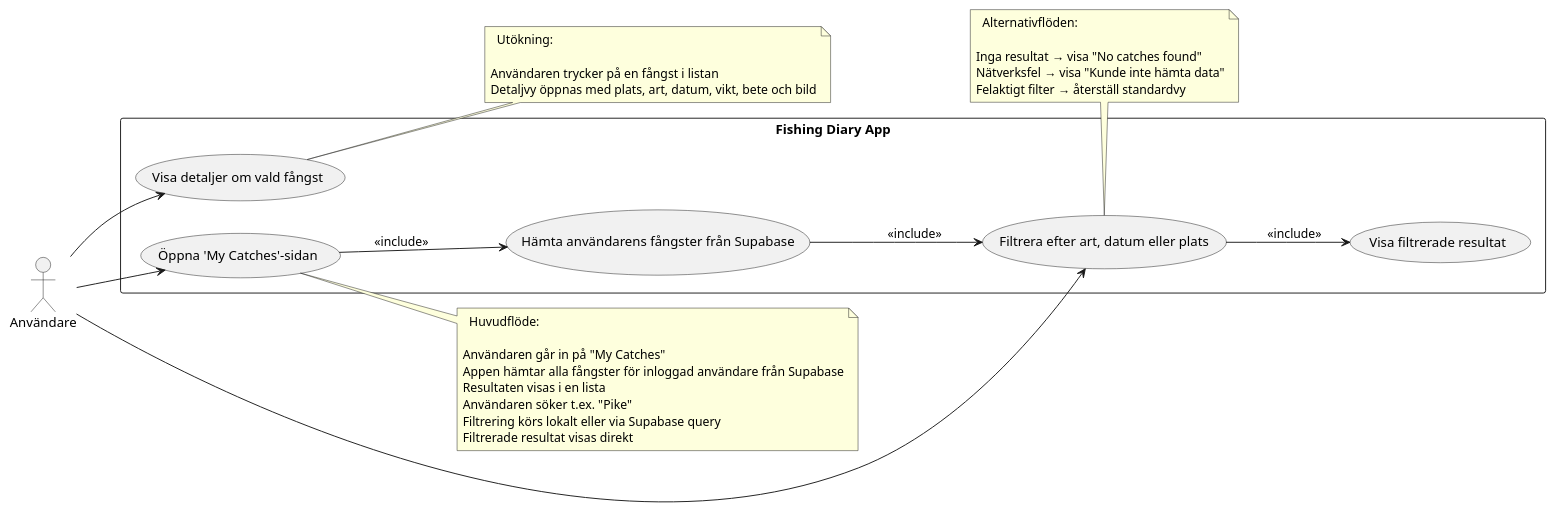
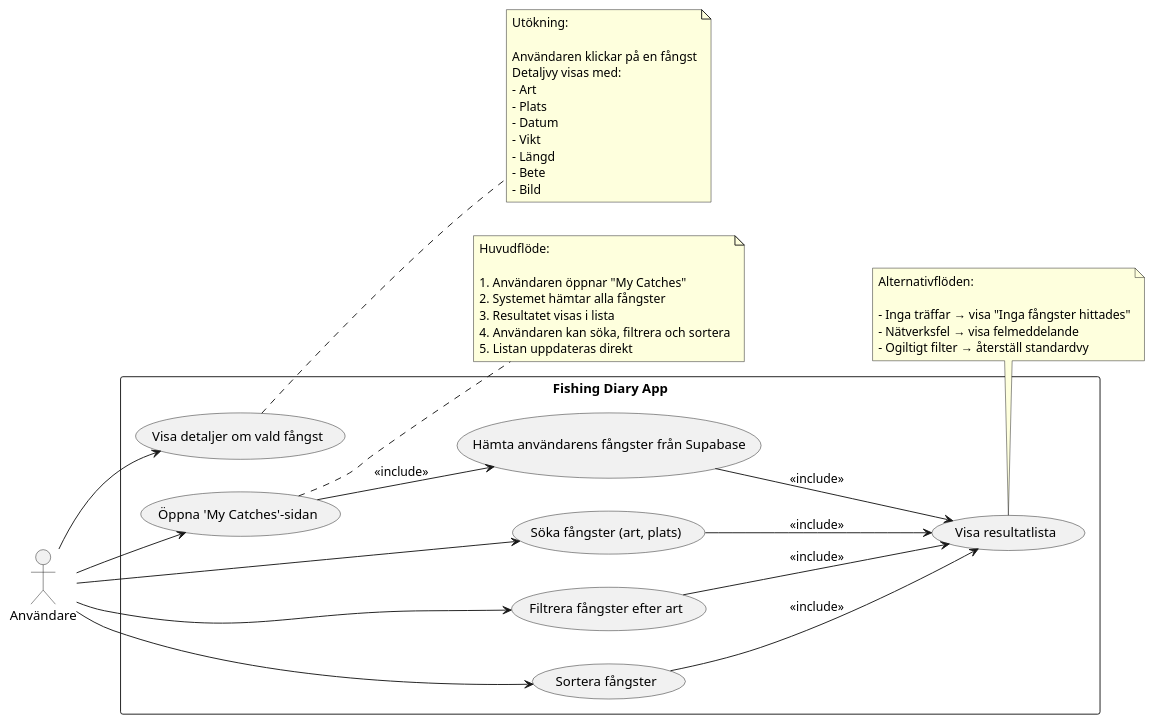
Before and after one commit to EmpyreanMist/Fishing-Diary: the diagram in uml-diagram/filter-catches.puml, drawn with PlantUML. The commit also changed 1 other file, not shown here.

Commit message:
refactor UML diagrams for add-catch and filter-catches use cases

```diff
--- a/uml-diagram/filter-catches.puml
+++ b/uml-diagram/filter-catches.puml
@@ -1,46 +1,63 @@
-@startuml filter catches
+@startuml filter_catches
 left to right direction
+
 actor "Användare" as User
 
 rectangle "Fishing Diary App" {
+
   usecase "Öppna 'My Catches'-sidan" as UC_OpenPage
   usecase "Hämta användarens fångster från Supabase" as UC_FetchCatches
-  usecase "Filtrera efter art, datum eller plats" as UC_FilterCatches
-  usecase "Visa filtrerade resultat" as UC_DisplayResults
+  usecase "Söka fångster (art, plats)" as UC_Search
+  usecase "Filtrera fångster efter art" as UC_Filter
+  usecase "Sortera fångster" as UC_Sort
+  usecase "Visa resultatlista" as UC_DisplayResults
   usecase "Visa detaljer om vald fångst" as UC_ViewCatchDetails
 }
 
 User --> UC_OpenPage
 UC_OpenPage --> UC_FetchCatches : <<include>>
-UC_FetchCatches --> UC_FilterCatches : <<include>>
-User --> UC_FilterCatches
-UC_FilterCatches --> UC_DisplayResults : <<include>>
+
+User --> UC_Search
+User --> UC_Filter
+User --> UC_Sort
+
+UC_FetchCatches --> UC_DisplayResults : <<include>>
+UC_Search --> UC_DisplayResults : <<include>>
+UC_Filter --> UC_DisplayResults : <<include>>
+UC_Sort --> UC_DisplayResults : <<include>>
+
 User --> UC_ViewCatchDetails
 
 note right of UC_OpenPage
-  Huvudflöde:
-  
-Användaren går in på "My Catches"
-Appen hämtar alla fångster för inloggad användare från Supabase
-Resultaten visas i en lista
-Användaren söker t.ex. "Pike"
-Filtrering körs lokalt eller via Supabase query
-Filtrerade resultat visas direkt
+Huvudflöde:
+
+1. Användaren öppnar "My Catches"
+2. Systemet hämtar alla fångster
+3. Resultatet visas i lista
+4. Användaren kan söka, filtrera och sortera
+5. Listan uppdateras direkt
 end note
 
-note bottom of UC_FilterCatches
-  Alternativflöden:
-  
-Inga resultat → visa "No catches found"
-Nätverksfel → visa "Kunde inte hämta data"
-Felaktigt filter → återställ standardvy
+note bottom of UC_DisplayResults
+Alternativflöden:
+
+- Inga träffar → visa "Inga fångster hittades"
+- Nätverksfel → visa felmeddelande
+- Ogiltigt filter → återställ standardvy
 end note
 
 note right of UC_ViewCatchDetails
-  Utökning:
-  
-Användaren trycker på en fångst i listan
-Detaljvy öppnas med plats, art, datum, vikt, bete och bild
+Utökning:
+
+Användaren klickar på en fångst
+Detaljvy visas med:
+- Art
+- Plats
+- Datum
+- Vikt
+- Längd
+- Bete
+- Bild
 end note
 
 @enduml
```
